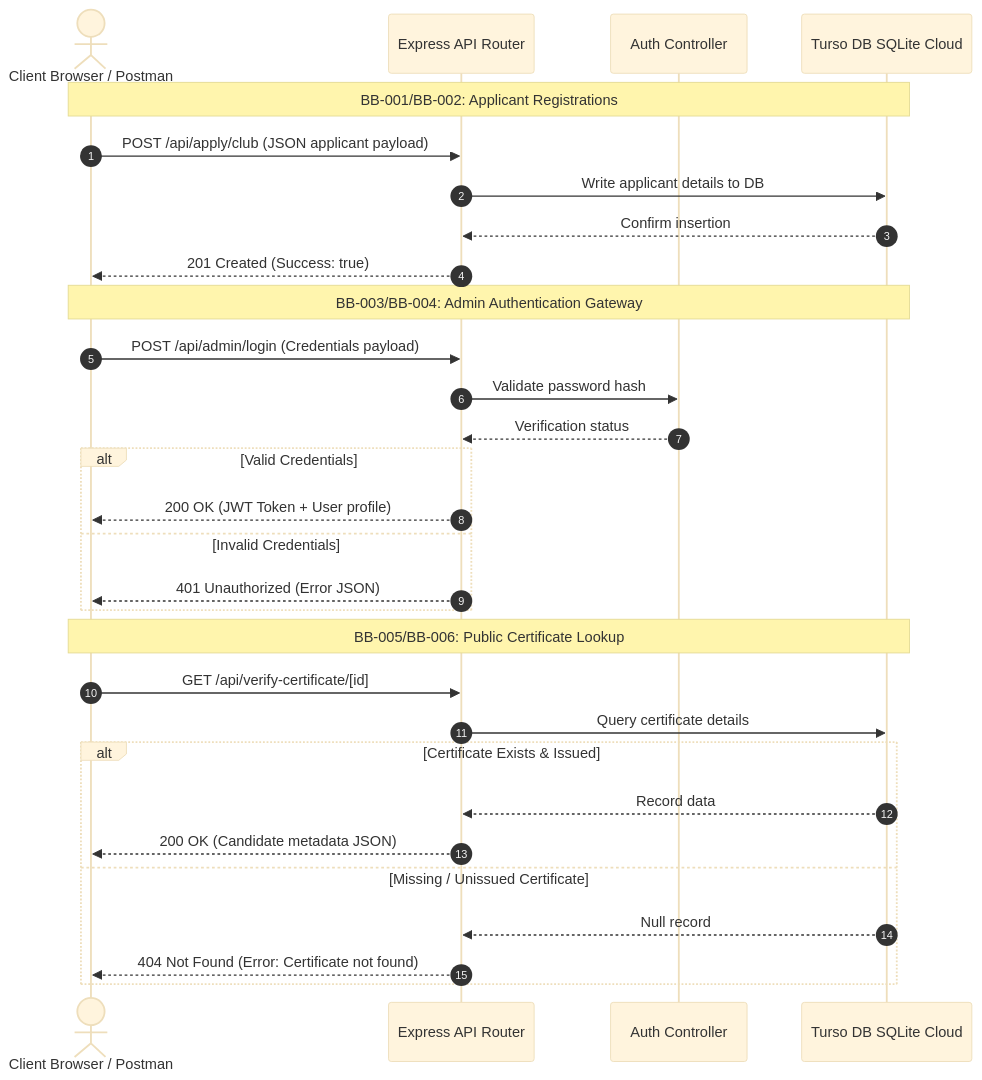
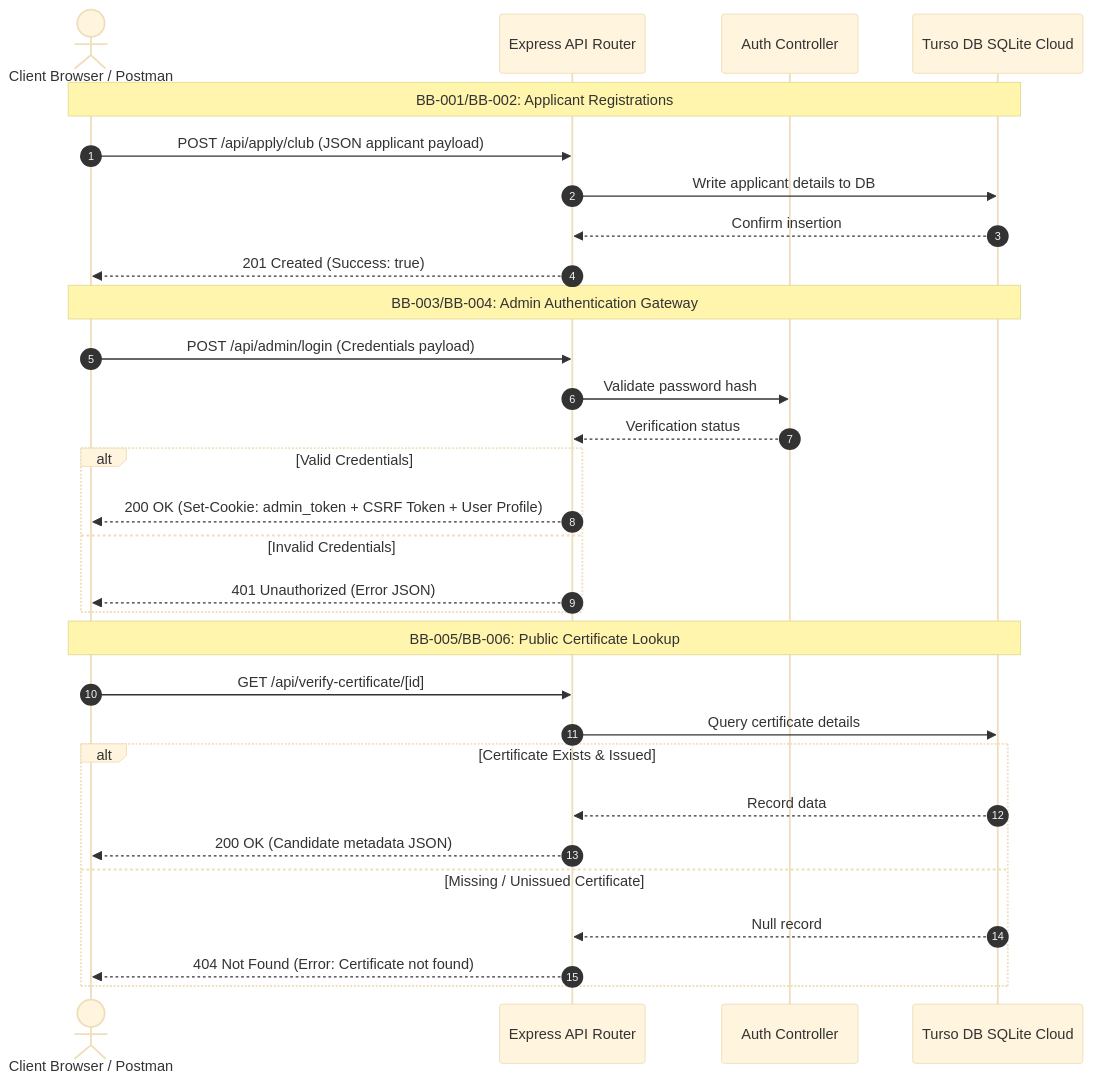
One commit to saicharan-bhuthkuri/rd changed diagram 16 of 25 in README.md. Above: the diagram before and after it, drawn with Mermaid (base theme). The commit also changed other lines of this file, not shown here.

Commit message:
docs: quote remaining Mermaid transition labels and align diagram logs with cookie + CSRF auth

````diff
--- a/README.md
+++ b/README.md
@@ -1406,35 +1406,35 @@
 ```mermaid
 sequenceDiagram
     autonumber
     actor Client as Client Browser / Postman
     participant Router as Express API Router
     participant Auth as Auth Controller
     participant DB as Turso DB SQLite Cloud
 
     Note over Client, DB: BB-001/BB-002: Applicant Registrations
     Client->>Router: POST /api/apply/club (JSON applicant payload)
     Router->>DB: Write applicant details to DB
     DB-->>Router: Confirm insertion
     Router-->>Client: 201 Created (Success: true)
 
     Note over Client, DB: BB-003/BB-004: Admin Authentication Gateway
     Client->>Router: POST /api/admin/login (Credentials payload)
     Router->>Auth: Validate password hash
     Auth-->>Router: Verification status
     alt Valid Credentials
-        Router-->>Client: 200 OK (JWT Token + User profile)
+        Router-->>Client: 200 OK (Set-Cookie: admin_token + CSRF Token + User Profile)
     else Invalid Credentials
         Router-->>Client: 401 Unauthorized (Error JSON)
     end
 
     Note over Client, DB: BB-005/BB-006: Public Certificate Lookup
     Client->>Router: GET /api/verify-certificate/[id]
     Router->>DB: Query certificate details
     alt Certificate Exists & Issued
         DB-->>Router: Record data
         Router-->>Client: 200 OK (Candidate metadata JSON)
     else Missing / Unissued Certificate
         DB-->>Router: Null record
         Router-->>Client: 404 Not Found (Error: Certificate not found)
     end
 ```
````
